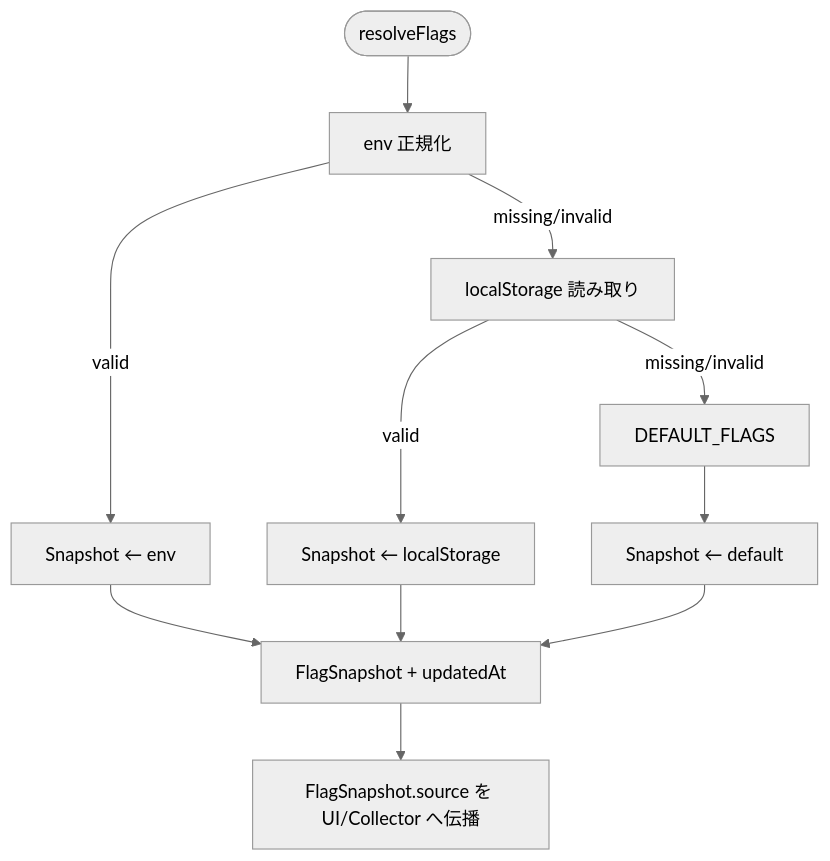
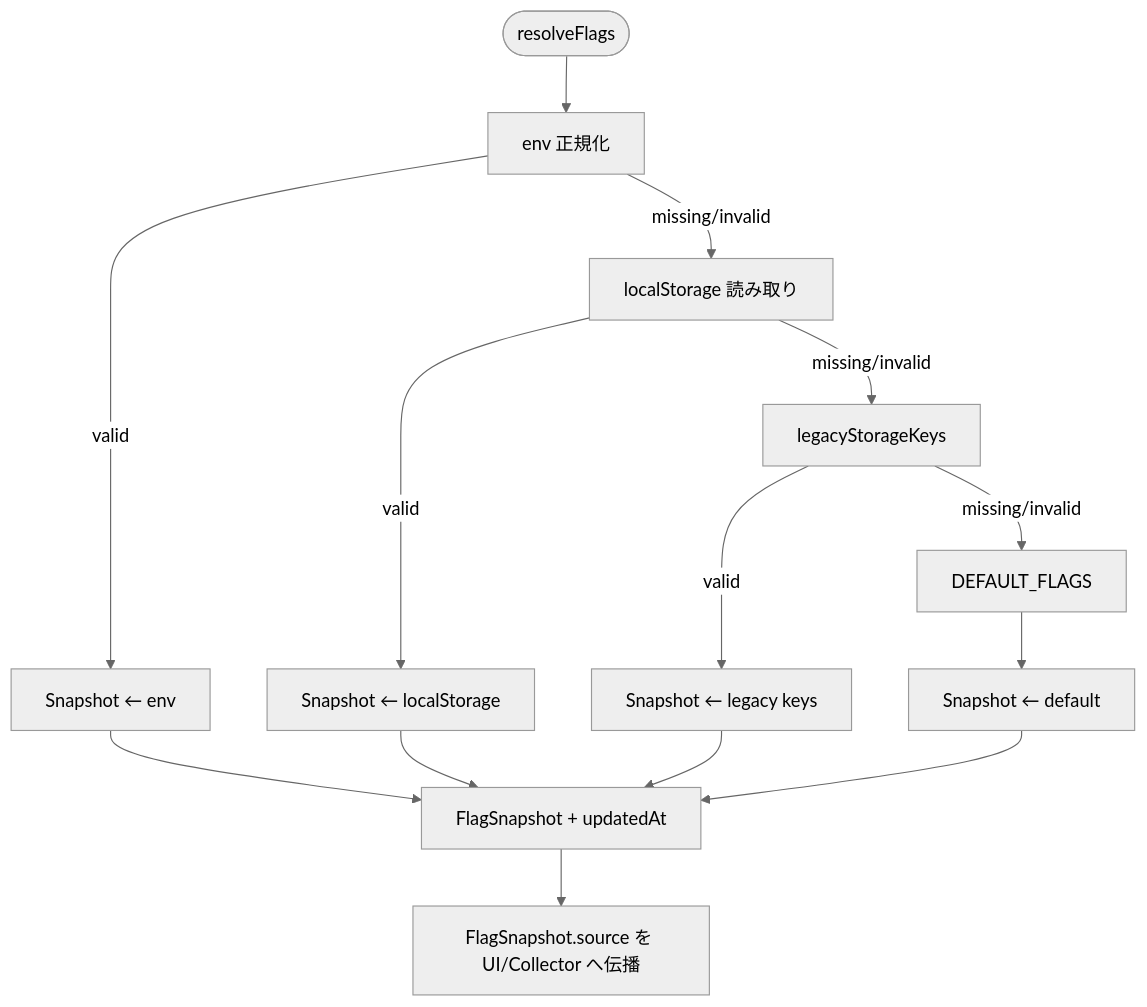
One commit to RNA4219/Conimgponic changed the second of 2 diagrams in docs/design/config/flags-resolution.md. Above: the diagram before and after it, drawn with Mermaid (neutral theme). The commit also changed other lines of this file, not shown here.

Commit message:
docs: refresh flags resolution task ticket

````diff
--- a/docs/design/config/flags-resolution.md
+++ b/docs/design/config/flags-resolution.md
@@ -125,13 +144,16 @@
 ```mermaid
 flowchart TD
     Start([resolveFlags]) --> Env[env 正規化]
     Env -->|valid| SnapshotEnv[Snapshot ← env]
     Env -->|missing/invalid| Storage[localStorage 読み取り]
     Storage -->|valid| SnapshotStorage[Snapshot ← localStorage]
-    Storage -->|missing/invalid| Defaults[DEFAULT_FLAGS]
+    Storage -->|missing/invalid| Legacy[legacyStorageKeys]
+    Legacy -->|valid| SnapshotLegacy[Snapshot ← legacy keys]
+    Legacy -->|missing/invalid| Defaults[DEFAULT_FLAGS]
     Defaults --> SnapshotDefault[Snapshot ← default]
     SnapshotEnv --> Final[FlagSnapshot + updatedAt]
     SnapshotStorage --> Final
+    SnapshotLegacy --> Final
     SnapshotDefault --> Final
     Final --> Telemetry[FlagSnapshot.source を UI/Collector へ伝播]
 ```
````
